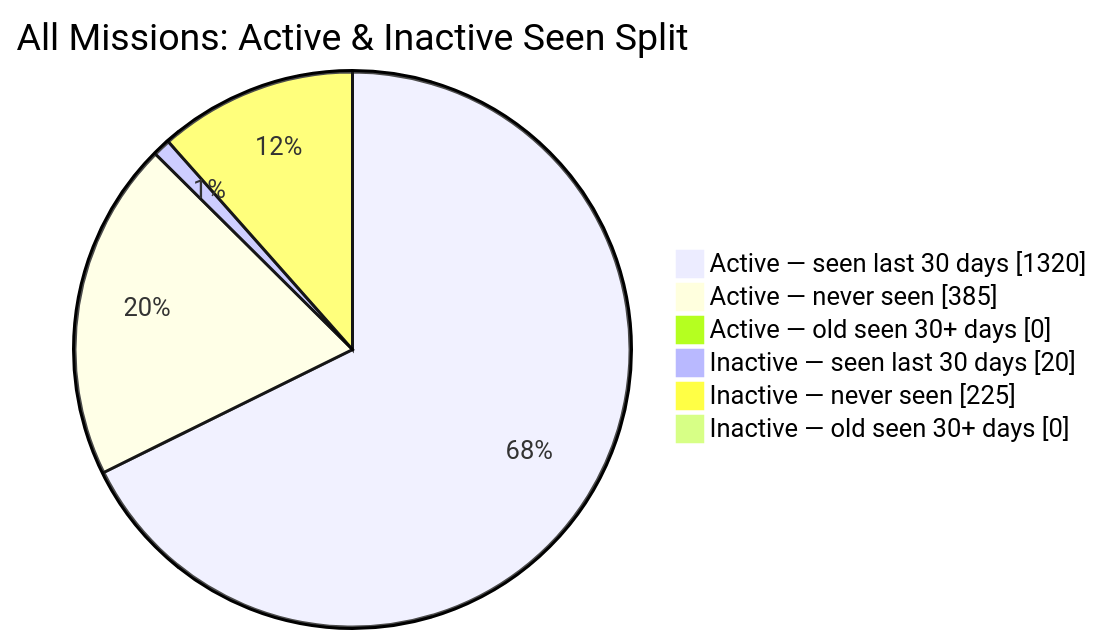
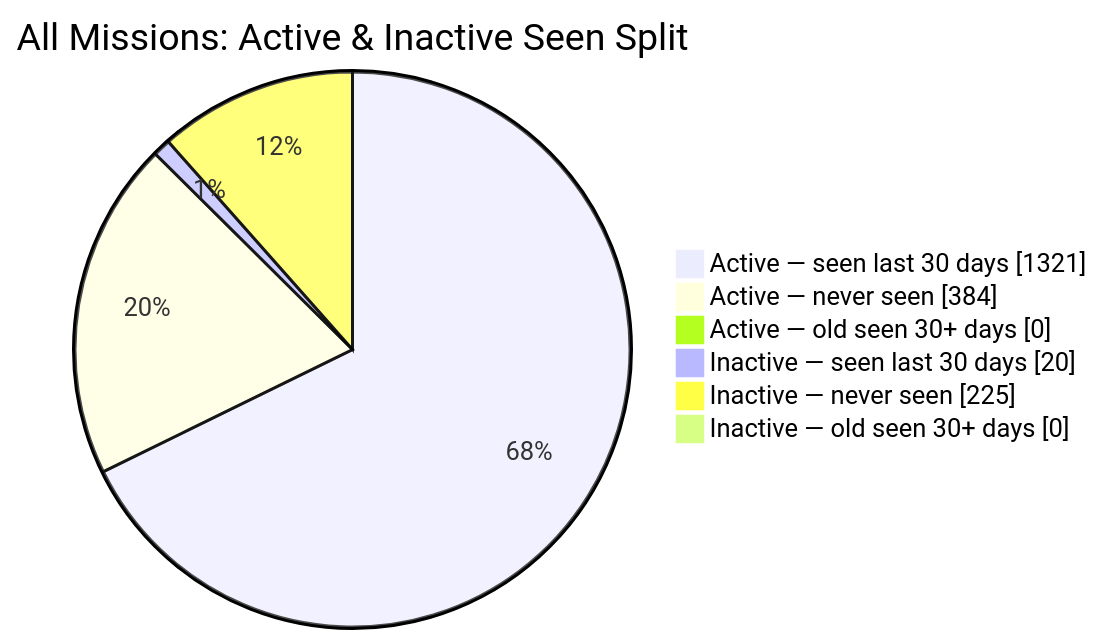
Before and after one commit to MeldkamerspelGameTeam/active-missions: the second of 2 diagrams in README.md, drawn with Mermaid. The commit also changed other lines of this file and 2 other files, not shown here.

````diff
--- a/README.md
+++ b/README.md
@@ -44,10 +44,10 @@
 ```mermaid
 pie showData
     title All Missions: Active & Inactive Seen Split
-    "Active — seen last 30 days" : 1320
-    "Active — never seen" : 385
+    "Active — seen last 30 days" : 1321
+    "Active — never seen" : 384
     "Active — old seen 30+ days" : 0
     "Inactive — seen last 30 days" : 20
     "Inactive — never seen" : 225
     "Inactive — old seen 30+ days" : 0
 ```
````
